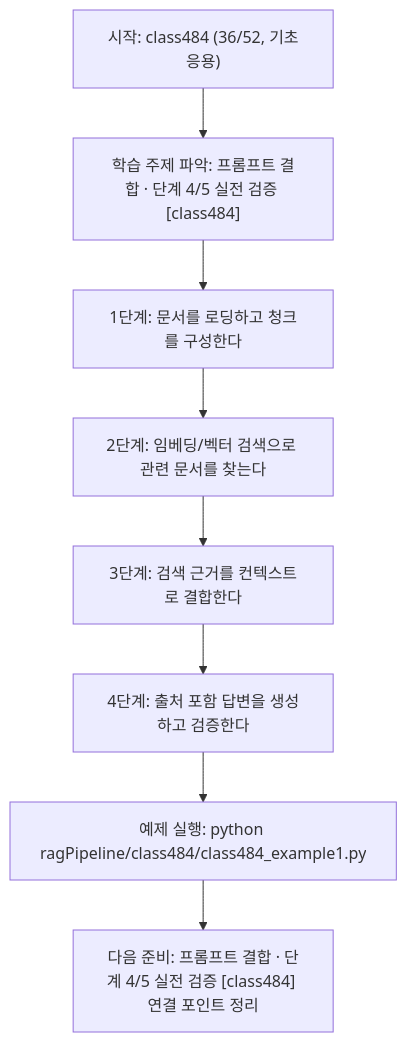
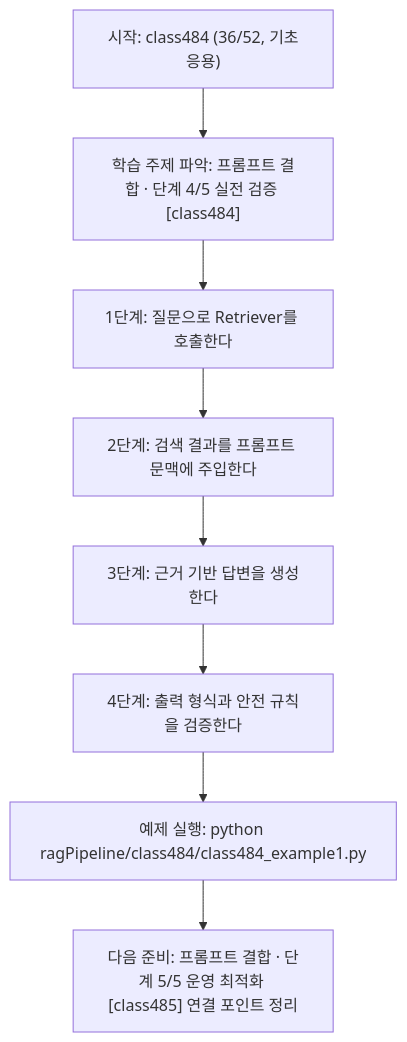
The diagram in ragPipeline/class484/class484.md (edumgt/Python-AI_Agent-Class), drawn with Mermaid before and after one commit. The commit also changed other lines of this file and 367 other files, not shown here.

````diff
--- a/ragPipeline/class484/class484.md
+++ b/ragPipeline/class484/class484.md
@@ -110,18 +92,18 @@
 ```mermaid
 flowchart TD
 N1["시작: class484 (36/52, 기초응용)"]
 N2["학습 주제 파악: 프롬프트 결합 · 단계 4/5 실전 검증 [class484]"]
-N3["1단계: 문서를 로딩하고 청크를 구성한다"]
-N4["2단계: 임베딩/벡터 검색으로 관련 문서를 찾는다"]
-N5["3단계: 검색 근거를 컨텍스트로 결합한다"]
-N6["4단계: 출처 포함 답변을 생성하고 검증한다"]
+N3["1단계: 질문으로 Retriever를 호출한다"]
+N4["2단계: 검색 결과를 프롬프트 문맥에 주입한다"]
+N5["3단계: 근거 기반 답변을 생성한다"]
+N6["4단계: 출력 형식과 안전 규칙을 검증한다"]
 N7["예제 실행: python ragPipeline/class484/class484_example1.py"]
-N8["다음 준비: 프롬프트 결합 · 단계 4/5 실전 검증 [class484] 연결 포인트 정리"]
+N8["다음 준비: 프롬프트 결합 · 단계 5/5 운영 최적화 [class485] 연결 포인트 정리"]
 N1 --> N2
 N2 --> N3
 N3 --> N4
 N4 --> N5
 N5 --> N6
 N6 --> N7
 N7 --> N8
 ```
````
